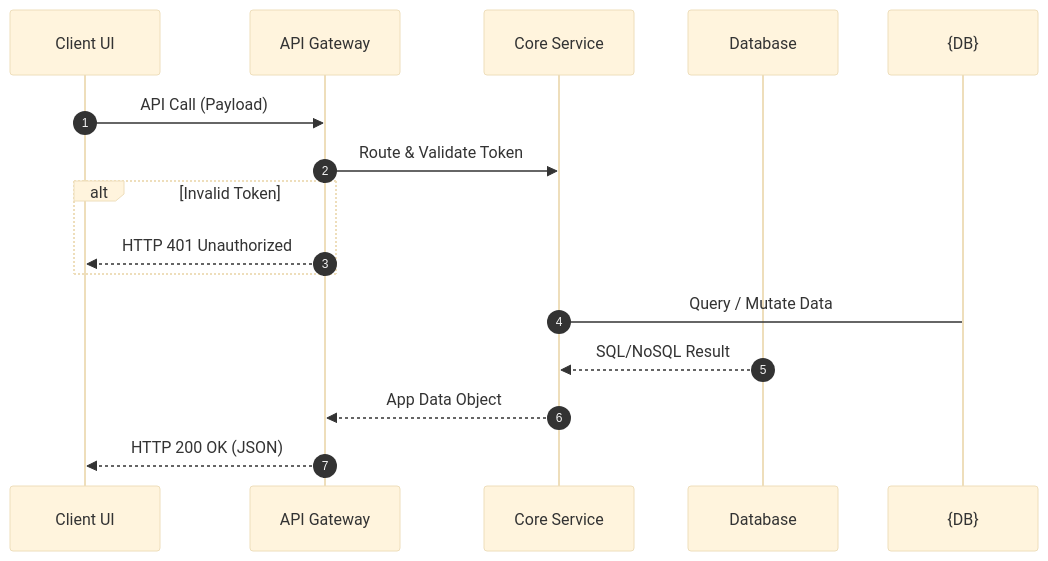
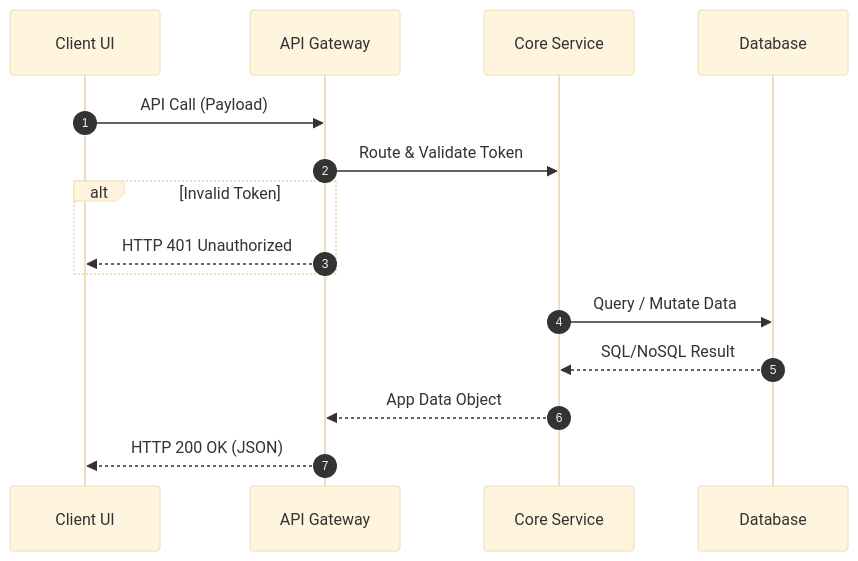
Before and after one commit to fletort/smart-ai-factory: the first of 2 diagrams in templates/.smart.ai/templates/technical-spec.md, drawn with Mermaid (base theme).

Commit message:
Fix arrow notation for service to database communication

````diff
--- a/templates/.smart.ai/templates/technical-spec.md
+++ b/templates/.smart.ai/templates/technical-spec.md
@@ -13,18 +13,18 @@
 ```mermaid
 sequenceDiagram
     autonumber
     participant App as Client UI
     participant Gateway as API Gateway
     participant Svc as Core Service
     participant DB as Database
 
     App->>Gateway: API Call (Payload)
     Gateway->>Svc: Route & Validate Token
     alt Invalid Token
         Gateway-->>App: HTTP 401 Unauthorized
     end
-    Svc->{DB}: Query / Mutate Data
+    Svc->>DB: Query / Mutate Data
     DB-->>Svc: SQL/NoSQL Result
     Svc-->>Gateway: App Data Object
     Gateway-->>App: HTTP 200 OK (JSON)
 ```
````
